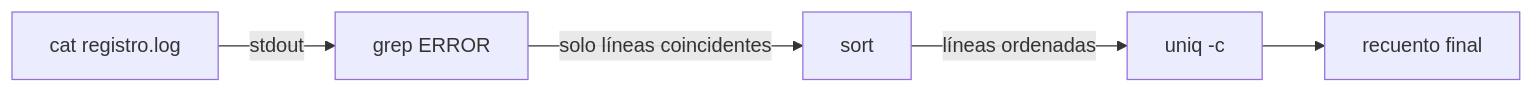
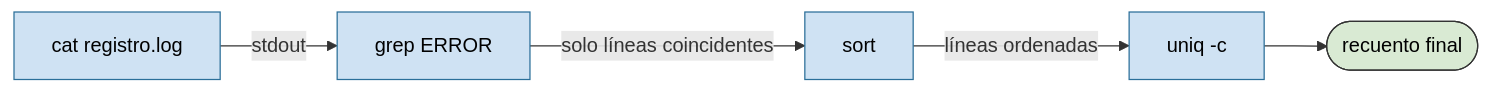
The second of 3 diagrams in TEORIA/07-ipc-pipes-y-fifos/README.md (asiermarzo/ssoo), drawn with Mermaid before and after one commit. The commit also changed other lines of this file and 25 other files, not shown here.

Commit message:
refinado de diagramas mermaid y svg

````diff
--- a/TEORIA/07-ipc-pipes-y-fifos/README.md
+++ b/TEORIA/07-ipc-pipes-y-fifos/README.md
@@ -39,7 +54,12 @@
 ```mermaid
 flowchart LR
     A["cat registro.log"] -->|stdout| B["grep ERROR"]
     B -->|solo líneas coincidentes| C[sort]
     C -->|líneas ordenadas| D["uniq -c"]
-    D --> R["recuento final"]
+    D --> R(["recuento final"])
+
+    classDef proceso fill:#cfe2f3,stroke:#2b6f99,color:#000;
+    classDef resultado fill:#d9ead3,stroke:#333,color:#000;
+    class A,B,C,D proceso;
+    class R resultado;
 ```
````
